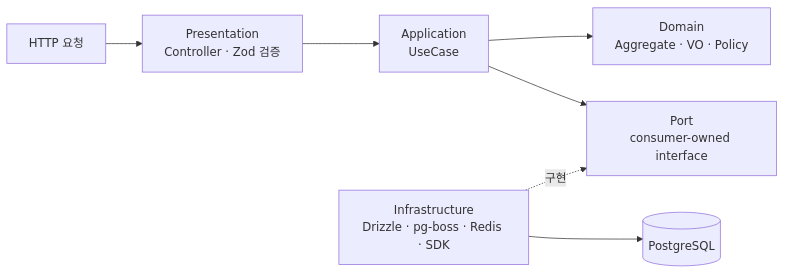
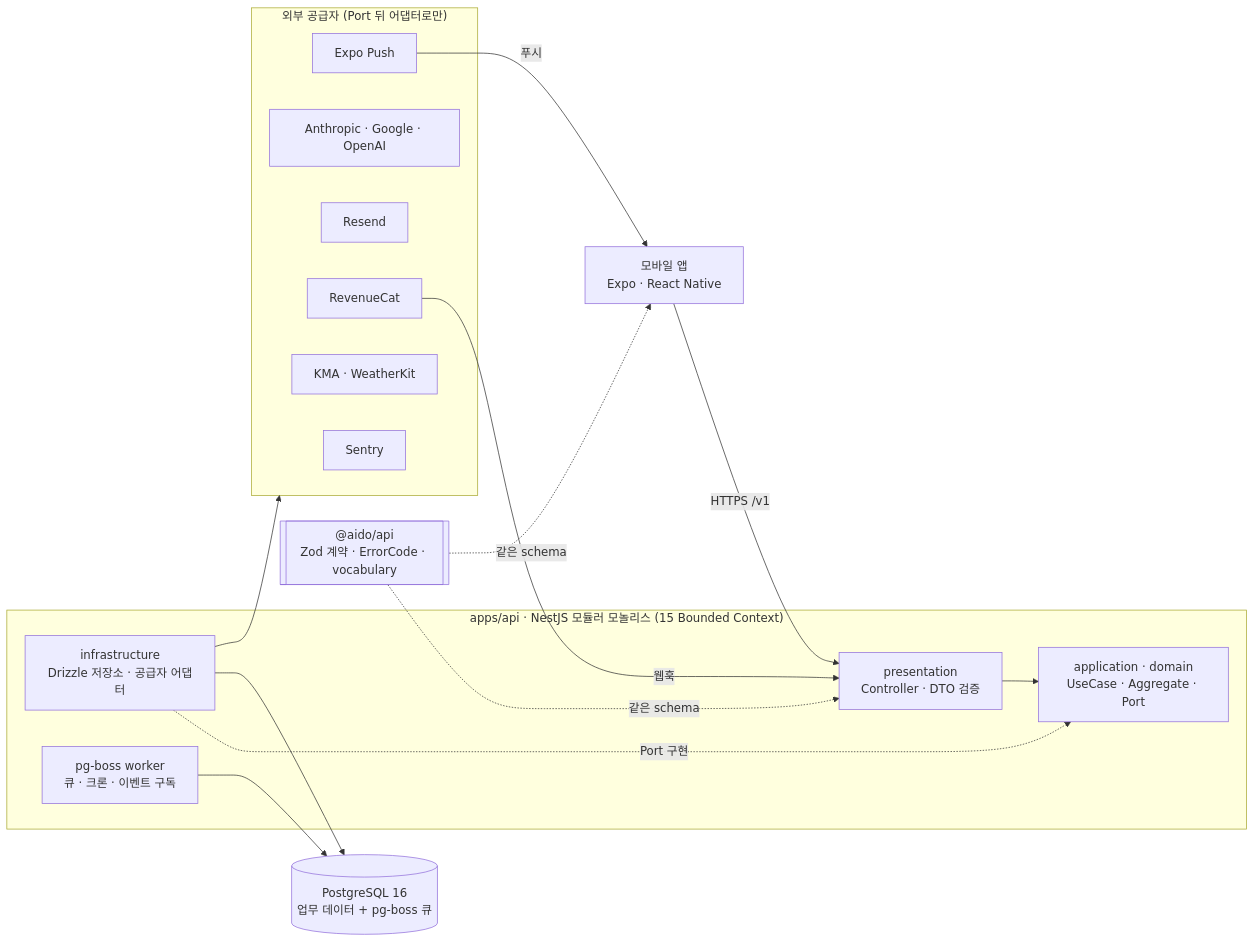
The first of 6 diagrams in README.md (Aiddoo/Aido-platform), drawn with Mermaid before and after one commit. The commit also changed other lines of this file, not shown here.

First line of the commit message:
docs: README를 해결하는 문제·아키텍처 다이어그램·설계 결정 중심으로 다시 쓴다

````diff
--- a/README.md
+++ b/README.md
@@ -67,9 +60,30 @@
 ```mermaid
 flowchart LR
-  HTTP[HTTP 요청] --> P[Presentation<br/>Controller · Zod 검증]
-  P --> U[Application<br/>UseCase]
-  U --> D[Domain<br/>Aggregate · VO · Policy]
-  U --> Port[Port<br/>consumer-owned interface]
-  I[Infrastructure<br/>Drizzle · pg-boss · Redis · SDK] -. 구현 .-> Port
-  I --> DB[(PostgreSQL)]
+  App["모바일 앱<br/>Expo · React Native"]
+  Contract[["@aido/api<br/>Zod 계약 · ErrorCode · vocabulary"]]
+  subgraph API["apps/api · NestJS 모듈러 모놀리스 (15 Bounded Context)"]
+    HTTP["presentation<br/>Controller · DTO 검증"]
+    Core["application · domain<br/>UseCase · Aggregate · Port"]
+    Adapters["infrastructure<br/>Drizzle 저장소 · 공급자 어댑터"]
+    Worker["pg-boss worker<br/>큐 · 크론 · 이벤트 구독"]
+  end
+  PG[("PostgreSQL 16<br/>업무 데이터 + pg-boss 큐")]
+  subgraph Vendors["외부 공급자 (Port 뒤 어댑터로만)"]
+    Push["Expo Push"]
+    AI["Anthropic · Google · OpenAI"]
+    Mail["Resend"]
+    Billing["RevenueCat"]
+    Weather["KMA · WeatherKit"]
+    Sentry["Sentry"]
+  end
+  App -- "HTTPS /v1" --> HTTP
+  Contract -. 같은 schema .-> App
+  Contract -. 같은 schema .-> HTTP
+  HTTP --> Core
+  Adapters -. Port 구현 .-> Core
+  Adapters --> PG
+  Worker --> PG
+  Adapters --> Vendors
+  Billing -- 웹훅 --> HTTP
+  Push -- 푸시 --> App
 ```
````
